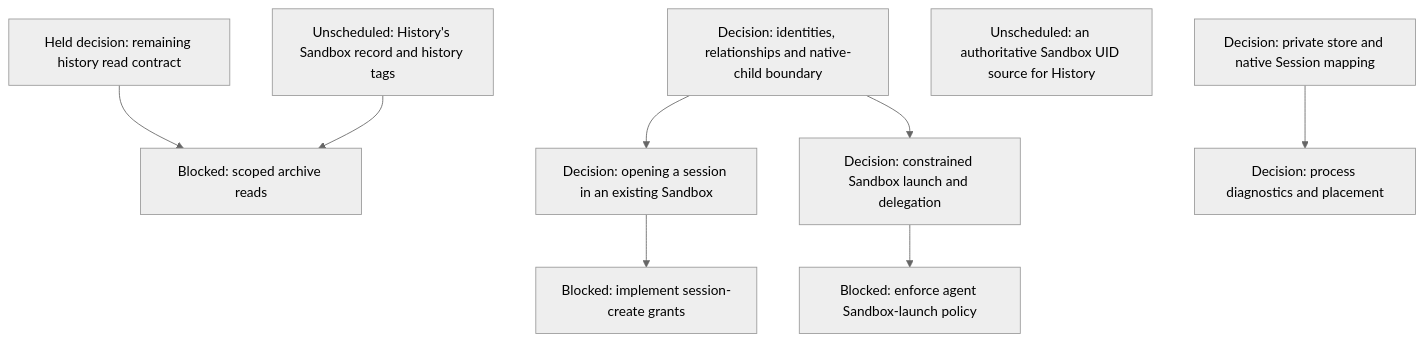
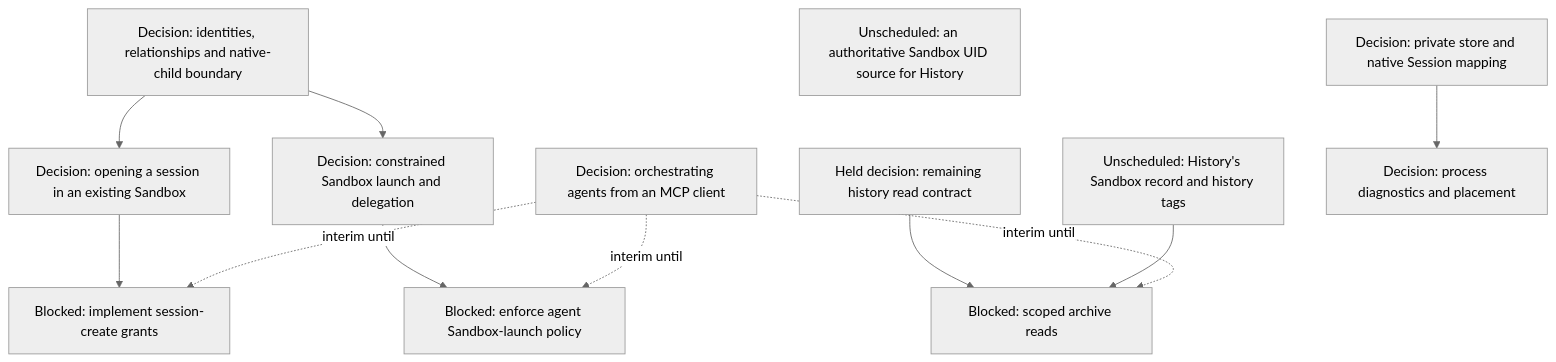
The sixth of 19 diagrams in agentplane/plans/task_dag.md (agentydragon-agent/ducktape), drawn with Mermaid (neutral theme) before and after one commit. The commit also changed other lines of this file and 4 other files, not shown here.

````diff
--- a/agentplane/plans/task_dag.md
+++ b/agentplane/plans/task_dag.md
@@ -291,21 +291,25 @@
 ```mermaid
 flowchart TD
     MULTIAGENT_MODEL[Decision: identities, relationships and native-child boundary]
     THREAD_READ_POLICY_DESIGN[Held decision: remaining history read contract]
     HISTORY_SANDBOX_RECORD[Unscheduled: History's Sandbox record and history tags]
     THREAD_READ_POLICY[Blocked: scoped archive reads]
     HISTORY_SANDBOX_ASSOCIATION_SOURCE[Unscheduled: an authoritative Sandbox UID source for History]
     THREAD_CREATE_POLICY[Decision: opening a session in an existing Sandbox]
     THREAD_CREATE_AUTHORIZATION[Blocked: implement session-create grants]
     AGENT_LAUNCH_POLICY_DESIGN[Decision: constrained Sandbox launch and delegation]
     AGENT_SANDBOX_LAUNCH[Blocked: enforce agent Sandbox-launch policy]
     MULTIAGENT_MODEL --> THREAD_CREATE_POLICY
     MULTIAGENT_MODEL --> AGENT_LAUNCH_POLICY_DESIGN
     THREAD_READ_POLICY_DESIGN --> THREAD_READ_POLICY
     HISTORY_SANDBOX_RECORD --> THREAD_READ_POLICY
     THREAD_CREATE_POLICY --> THREAD_CREATE_AUTHORIZATION
     AGENT_LAUNCH_POLICY_DESIGN --> AGENT_SANDBOX_LAUNCH
+    MCP_ORCHESTRATION_DESIGN[Decision: orchestrating agents from an MCP client]
+    MCP_ORCHESTRATION_DESIGN -. interim until .-> THREAD_CREATE_AUTHORIZATION
+    MCP_ORCHESTRATION_DESIGN -. interim until .-> THREAD_READ_POLICY
+    MCP_ORCHESTRATION_DESIGN -. interim until .-> AGENT_SANDBOX_LAUNCH
     RUNNER_HARNESS_OBJECTS_DESIGN[Decision: process diagnostics and placement]
     HARNESS_IDENTITY_DESIGN[Decision: private store and native Session mapping]
     HARNESS_IDENTITY_DESIGN --> RUNNER_HARNESS_OBJECTS_DESIGN
 ```
````
